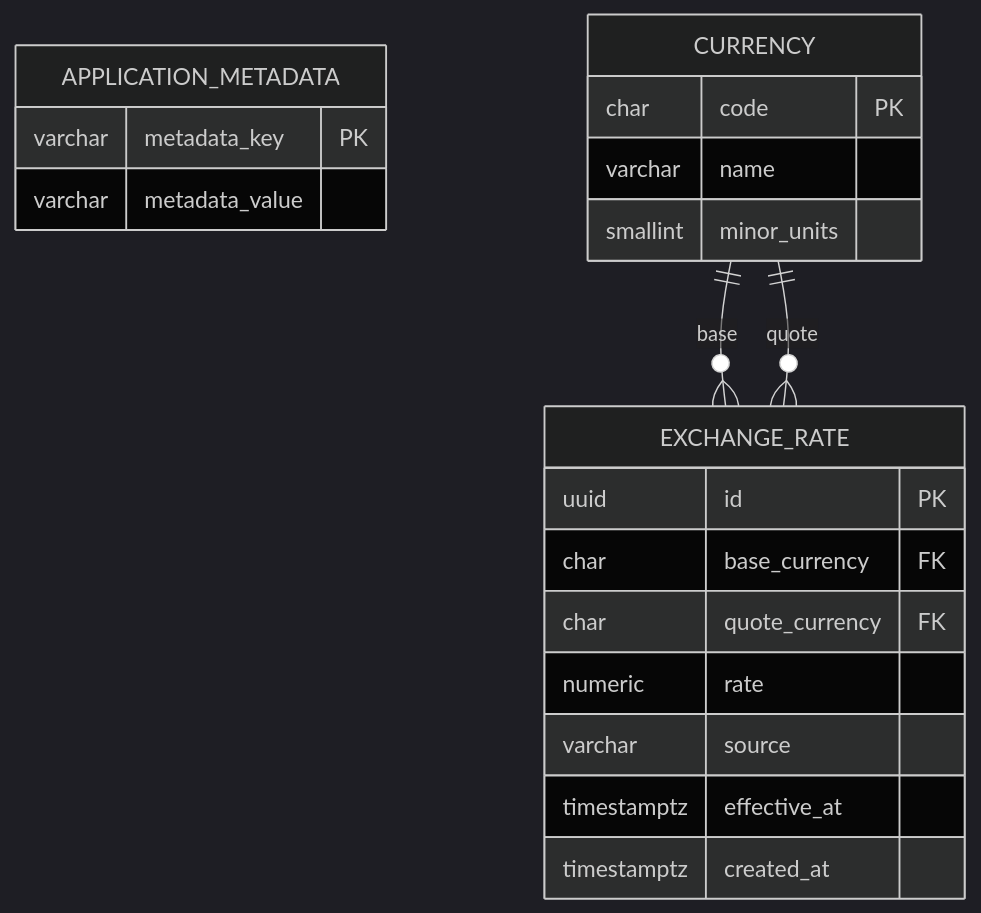
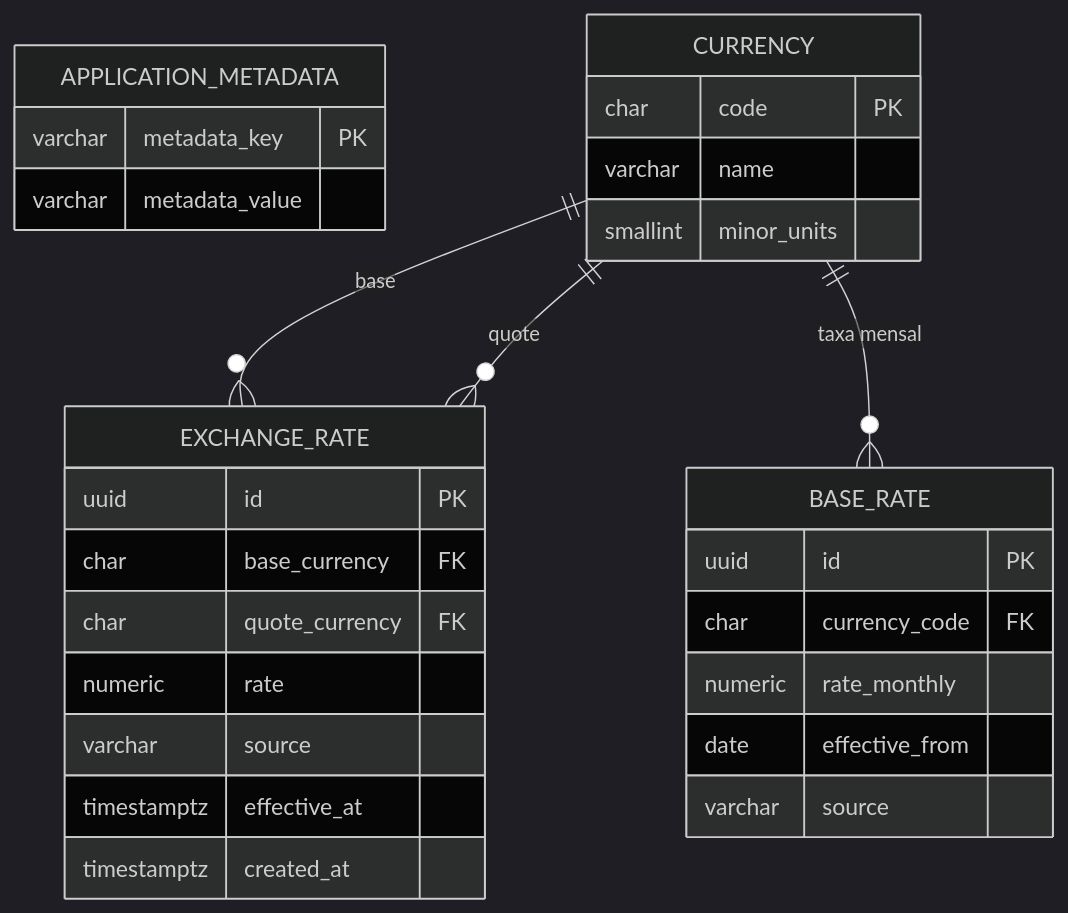
The first of 2 diagrams in docs/database/er.md (LiniiS/srm-credit-engine), drawn with Mermaid (dark theme) before and after one commit. The commit also changed other lines of this file and 3 other files, not shown here.

Commit message:
feat(db): add versioned base-rate configuration

````diff
--- a/docs/database/er.md
+++ b/docs/database/er.md
@@ -7,23 +8,31 @@
 ```mermaid
 erDiagram
   APPLICATION_METADATA {
     varchar metadata_key PK
     varchar metadata_value
   }
   CURRENCY ||--o{ EXCHANGE_RATE : "base"
   CURRENCY ||--o{ EXCHANGE_RATE : "quote"
+  CURRENCY ||--o{ BASE_RATE : "taxa mensal"
   CURRENCY {
     char code PK
     varchar name
     smallint minor_units
   }
   EXCHANGE_RATE {
     uuid id PK
     char base_currency FK
     char quote_currency FK
     numeric rate
     varchar source
     timestamptz effective_at
     timestamptz created_at
   }
+  BASE_RATE {
+    uuid id PK
+    char currency_code FK
+    numeric rate_monthly
+    date effective_from
+    varchar source
+  }
 ```
````
